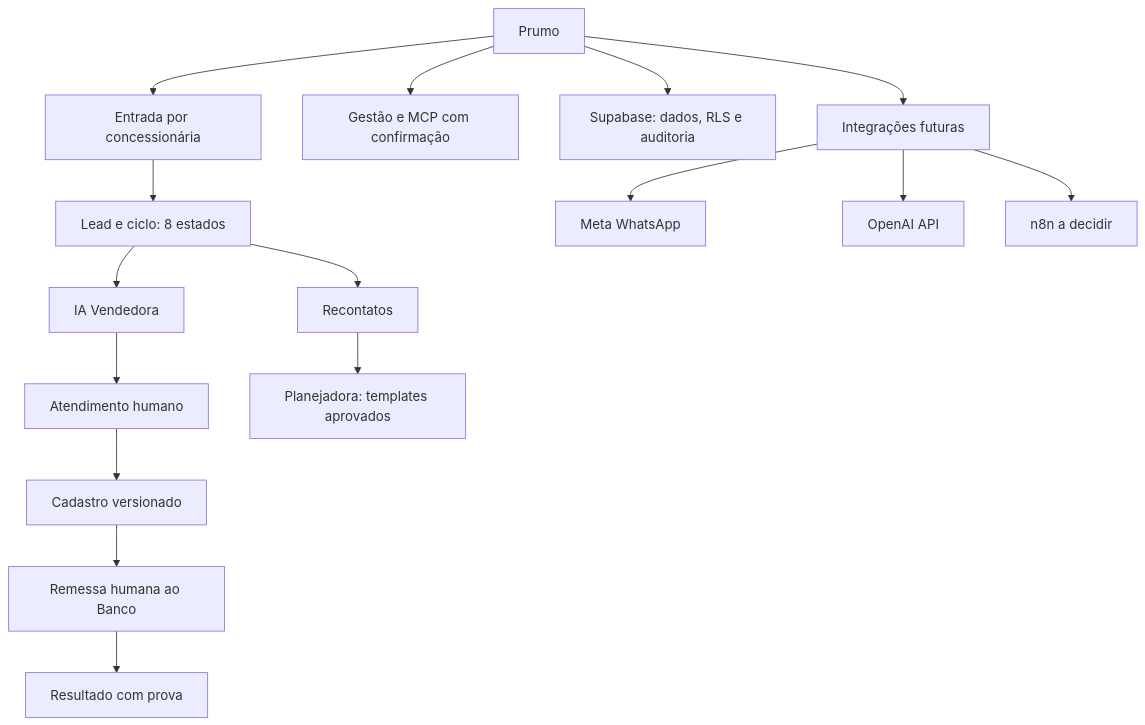
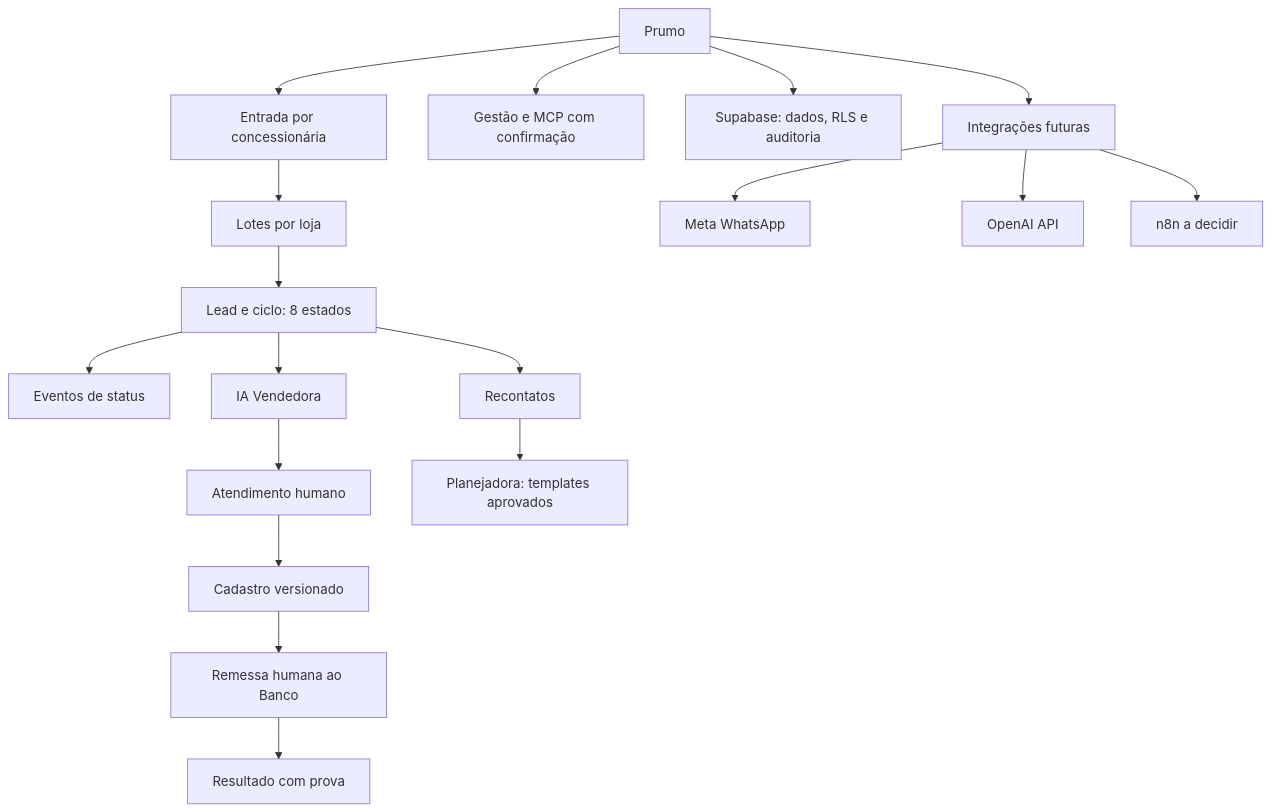
One commit to prumogrowth/Prumo-Growth-Platform-V2 changed the diagram in docs/MAPA_MENTAL.md. Above: the diagram before and after it, drawn with Mermaid. The commit also changed other lines of this file, not shown here.

Commit message:
docs(mapa): ilustrar lote, reimportacao e evento comercial na fundacao S0

````diff
--- a/docs/MAPA_MENTAL.md
+++ b/docs/MAPA_MENTAL.md
@@ -3,18 +3,20 @@
 ```mermaid
 flowchart TD
   P[Prumo] --> E[Entrada por concessionária]
-  E --> L[Lead e ciclo: 8 estados]
+  E --> IMP[Lotes por loja]
+  IMP --> L[Lead e ciclo: 8 estados]
+  L --> EV[Eventos de status]
   L --> IA[IA Vendedora]
   IA --> H[Atendimento humano]
   H --> CAD[Cadastro versionado]
   CAD --> BAN[Remessa humana ao Banco]
   BAN --> RES[Resultado com prova]
   L --> REC[Recontatos]
   REC --> PLA[Planejadora: templates aprovados]
   P --> ADM[Gestão e MCP com confirmação]
   P --> DB[Supabase: dados, RLS e auditoria]
   P --> INT[Integrações futuras]
   INT --> WA[Meta WhatsApp]
   INT --> OAI[OpenAI API]
   INT --> N[n8n a decidir]
 ```
````
